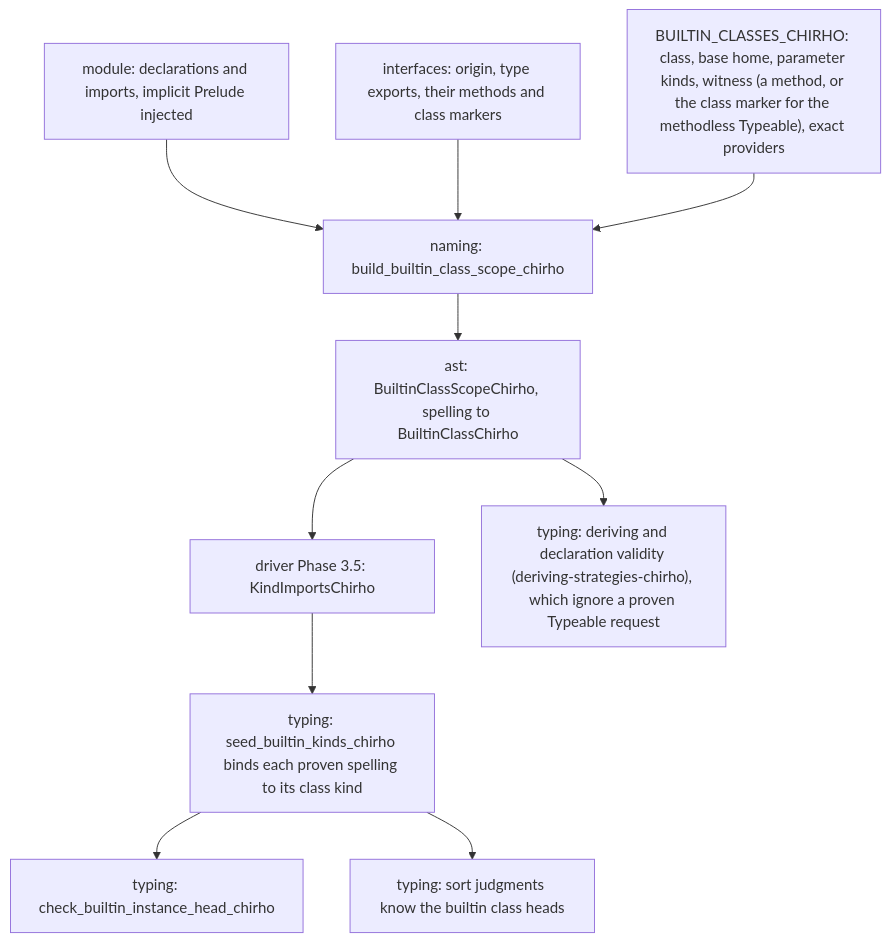
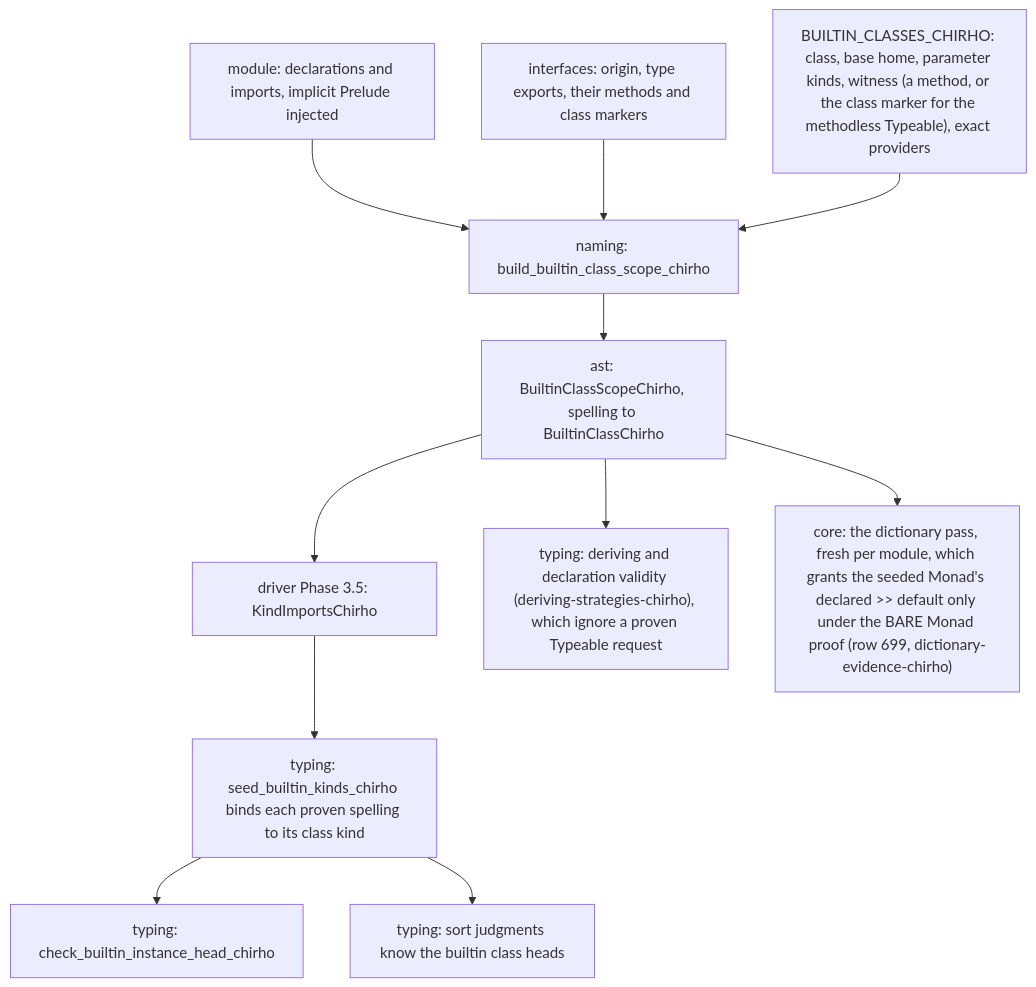
One commit to loveJesus/haskelujah-chirho changed the diagram in spec-chirho/workflows-chirho/compiler-pipeline-chirho/builtin-class-identity-chirho.md. Above: the diagram before and after it, drawn with Mermaid. The commit also changed 9 other files, not shown here.

````diff
--- a/spec-chirho/workflows-chirho/compiler-pipeline-chirho/builtin-class-identity-chirho.md
+++ b/spec-chirho/workflows-chirho/compiler-pipeline-chirho/builtin-class-identity-chirho.md
@@ -7,12 +7,13 @@
 ```mermaid
 flowchart TD
     module_chirho["module: declarations and imports, implicit Prelude injected"] --> build_chirho["naming: build_builtin_class_scope_chirho"]
     ifaces_chirho["interfaces: origin, type exports, their methods and class markers"] --> build_chirho
     table_chirho["BUILTIN_CLASSES_CHIRHO: class, base home, parameter kinds, witness (a method, or the class marker for the methodless Typeable), exact providers"] --> build_chirho
     build_chirho --> scope_chirho["ast: BuiltinClassScopeChirho, spelling to BuiltinClassChirho"]
     scope_chirho --> driver_chirho["driver Phase 3.5: KindImportsChirho"]
     driver_chirho --> seed_chirho["typing: seed_builtin_kinds_chirho binds each proven spelling to its class kind"]
     seed_chirho --> heads_chirho["typing: check_builtin_instance_head_chirho"]
     seed_chirho --> sorts_chirho["typing: sort judgments know the builtin class heads"]
     scope_chirho --> deriving_chirho["typing: deriving and declaration validity (deriving-strategies-chirho), which ignore a proven Typeable request"]
+    scope_chirho --> dict_chirho["core: the dictionary pass, fresh per module, which grants the seeded Monad's declared >> default only under the BARE Monad proof (row 699, dictionary-evidence-chirho)"]
 ```
````
